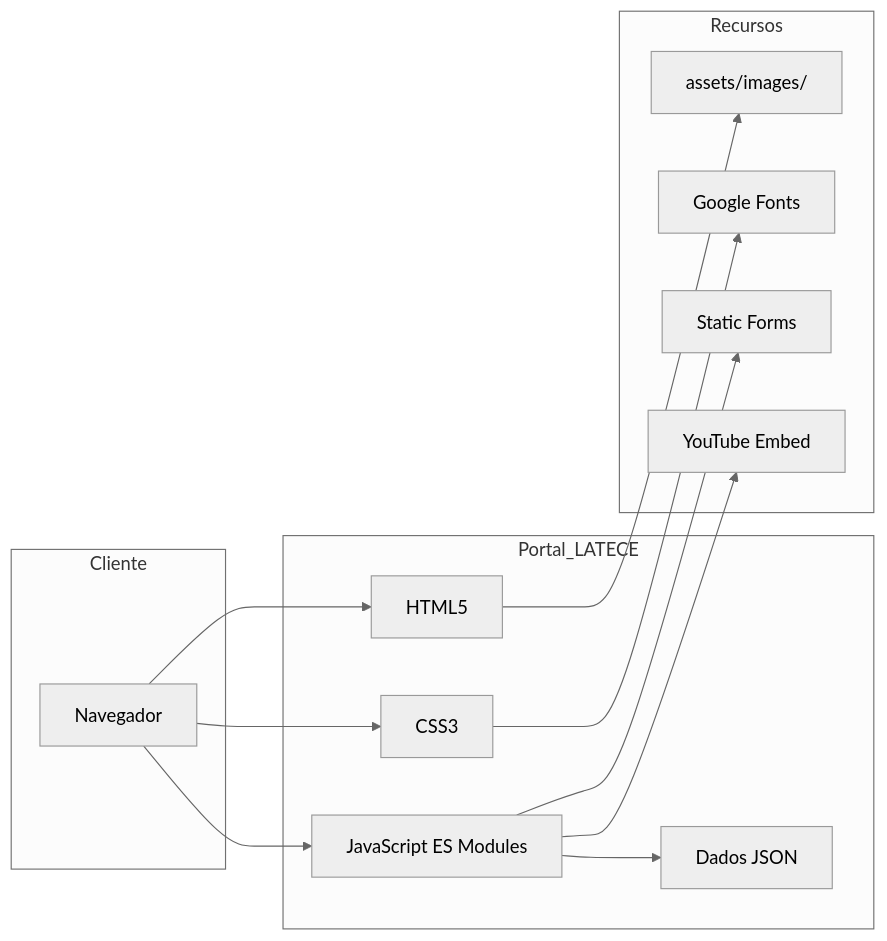
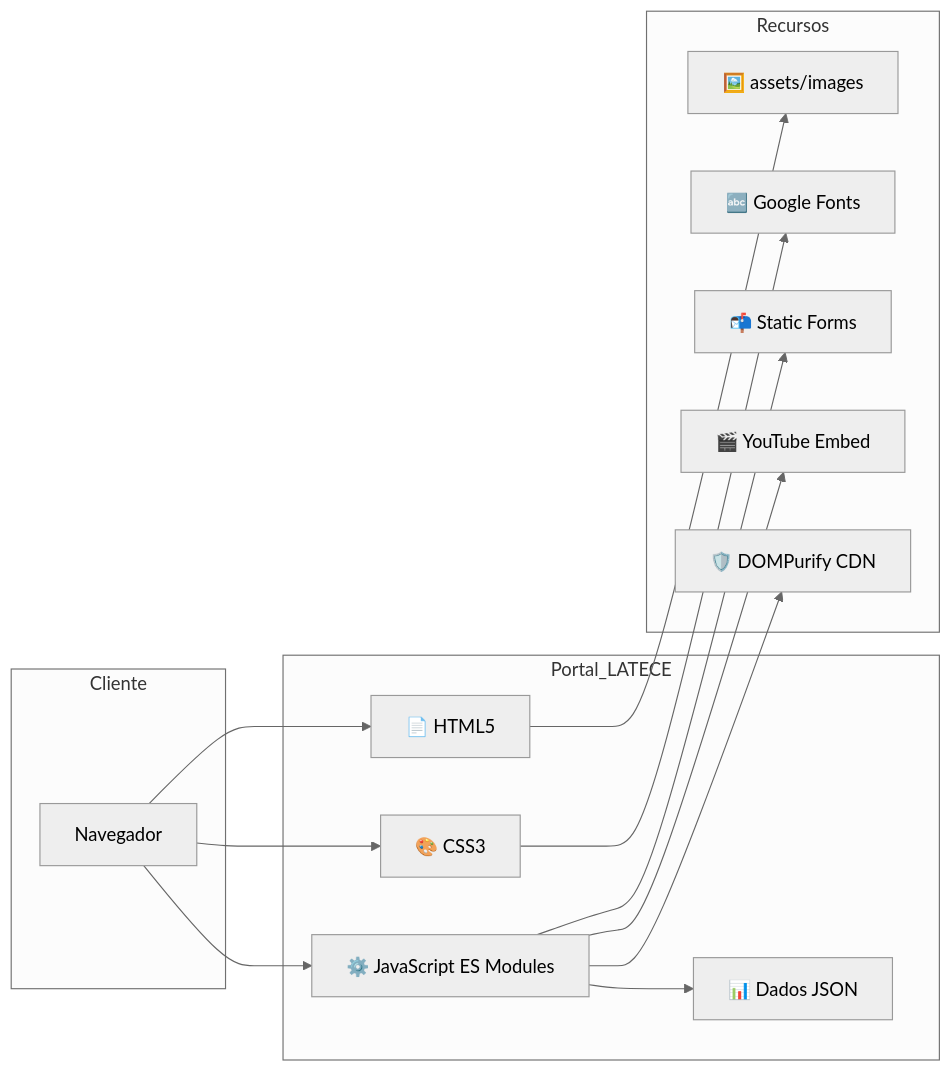
One commit to LATECE-UFRN/lateceufrn changed the third of 4 diagrams in README.md. Above: the diagram before and after it, drawn with Mermaid (neutral theme). The commit also changed other lines of this file, not shown here.

````diff
--- a/README.md
+++ b/README.md
@@ -1106,29 +1503,31 @@
 ```mermaid
 flowchart LR
     subgraph Cliente
         Navegador
     end
 
     subgraph Portal_LATECE
-        HTML[HTML5]
-        CSS[CSS3]
-        JS[JavaScript ES Modules]
-        JSON[Dados JSON]
+        HTML[📄 HTML5]
+        CSS[🎨 CSS3]
+        JS[⚙️ JavaScript ES Modules]
+        JSON[📊 Dados JSON]
     end
 
     subgraph Recursos
-        Imagens[assets/images/]
-        Fontes[Google Fonts]
-        API[Static Forms]
-        YouTube[YouTube Embed]
+        Imagens[🖼️ assets/images]
+        Fontes[🔤 Google Fonts]
+        StaticForms[📬 Static Forms]
+        YouTube[🎬 YouTube Embed]
+        DOMPurify[🛡️ DOMPurify CDN]
     end
 
     Navegador --> HTML
     Navegador --> CSS
     Navegador --> JS
     JS --> JSON
     HTML --> Imagens
     CSS --> Fontes
-    JS --> API
+    JS --> StaticForms
     JS --> YouTube
+    JS --> DOMPurify
 ```
````
